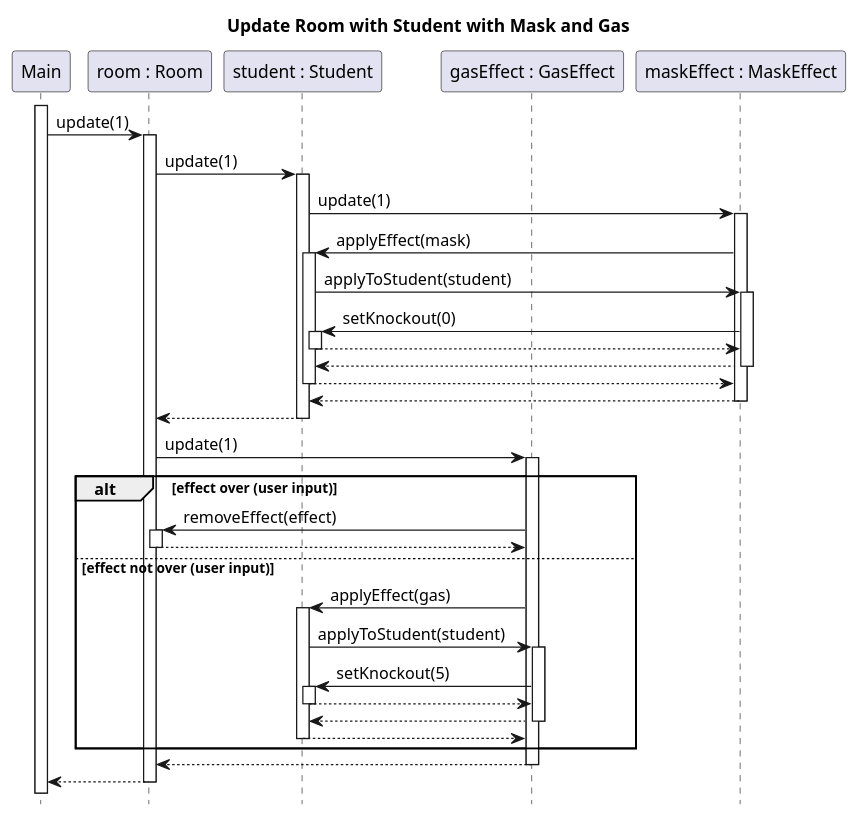
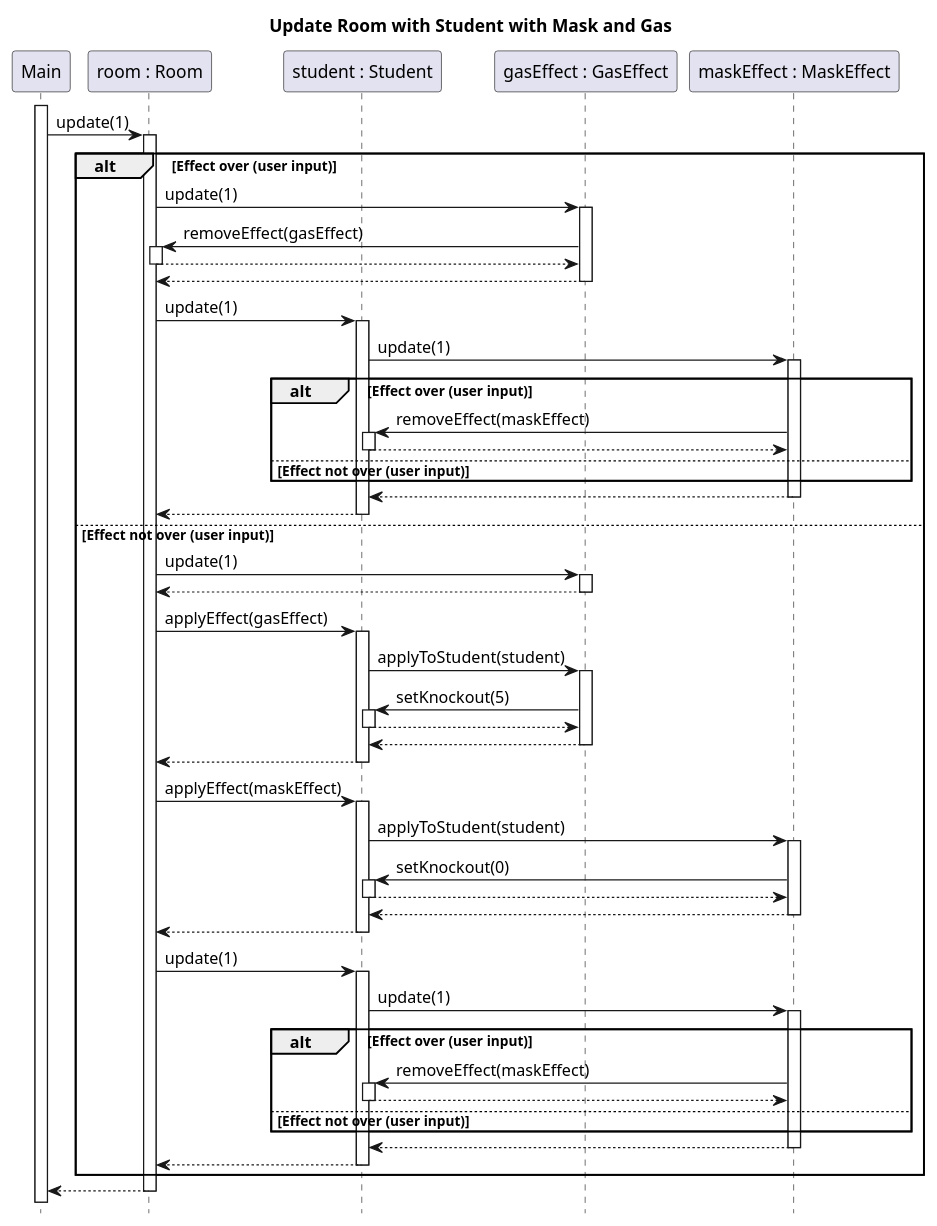
Before and after one commit to sn4k3ch4rm3r/logarlec: the diagram in docs/diagrams/test-sequence/room-update-gas-and-mask.puml, drawn with PlantUML. The commit also changed 3 other files, not shown here.

Commit message:
Updated update sequences

```diff
--- a/docs/diagrams/test-sequence/room-update-gas-and-mask.puml
+++ b/docs/diagrams/test-sequence/room-update-gas-and-mask.puml
@@ -1,40 +1,58 @@
 @startuml room-update-gas-and-mask
 title Update Room with Student with Mask and Gas
 hide footbox
 autoactivate on
 skinparam SequenceReferenceBackgroundColor white
 
 participant Main
 participant "room : Room" as room
 participant "student : Student" as student
 participant "gasEffect : GasEffect" as gas
 participant "maskEffect : MaskEffect" as mask
 
 activate Main
 Main -> room : update(1)
-	room -> student : update(1)
-	    student -> mask : update(1)
-	        mask -> student : applyEffect(mask)
-	            student -> mask : applyToStudent(student)
-	                mask -> student : setKnockout(0)
-	                return
-	            return
-	        return
-	    return
-	return
-	room -> gas : update(1)
-    alt effect over (user input)
-	gas -> room ++: removeEffect(effect)
-	return
-    else effect not over (user input)
-    gas -> student : applyEffect(gas)
+    alt Effect over (user input)
+    room -> gas : update(1)
+        gas -> room : removeEffect(gasEffect)
+        return
+    return
+    room -> student : update(1)
+        student -> mask : update(1)
+            alt Effect over (user input)
+                mask -> student : removeEffect(maskEffect)
+                return
+            else Effect not over (user input)
+            end
+        return
+    return
+    else Effect not over (user input)
+    room -> gas : update(1)
+    return
+    room -> student : applyEffect(gasEffect)
         student -> gas : applyToStudent(student)
             gas -> student : setKnockout(5)
             return
         return
     return
+    room -> student : applyEffect(maskEffect)
+            student -> mask : applyToStudent(student)
+                mask -> student : setKnockout(0)
+                return
+            return
+        return
+    room -> student : update(1)
+        student -> mask : update(1)
+            alt Effect over (user input)
+                mask -> student : removeEffect(maskEffect)
+                return
+            else Effect not over (user input)
+            end
+       return
+    return
+
     end
-	return
+
 return
 
 @enduml
```
